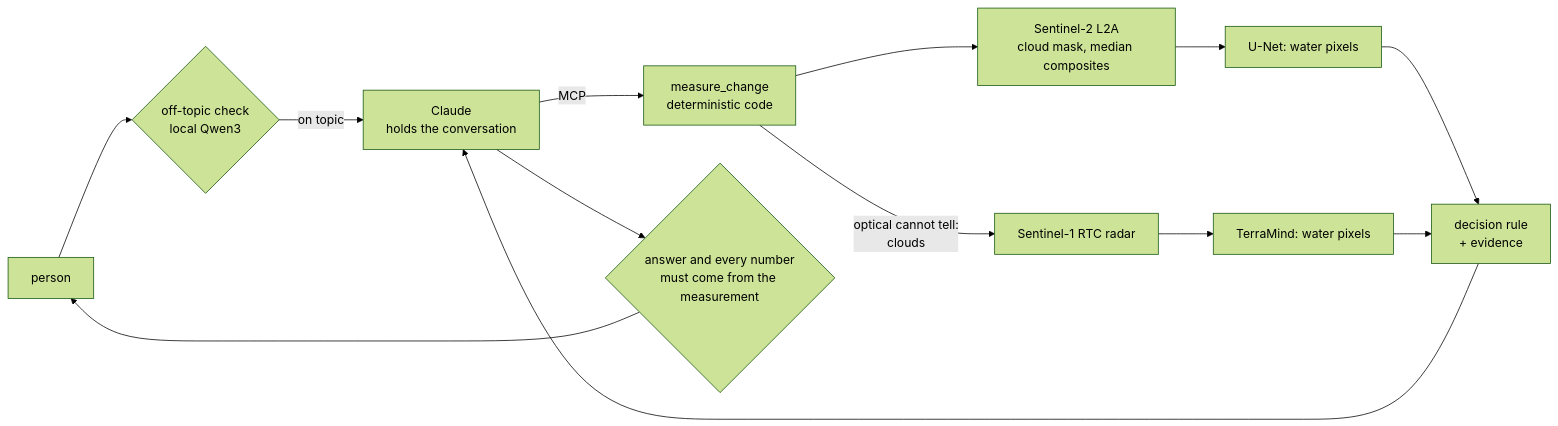
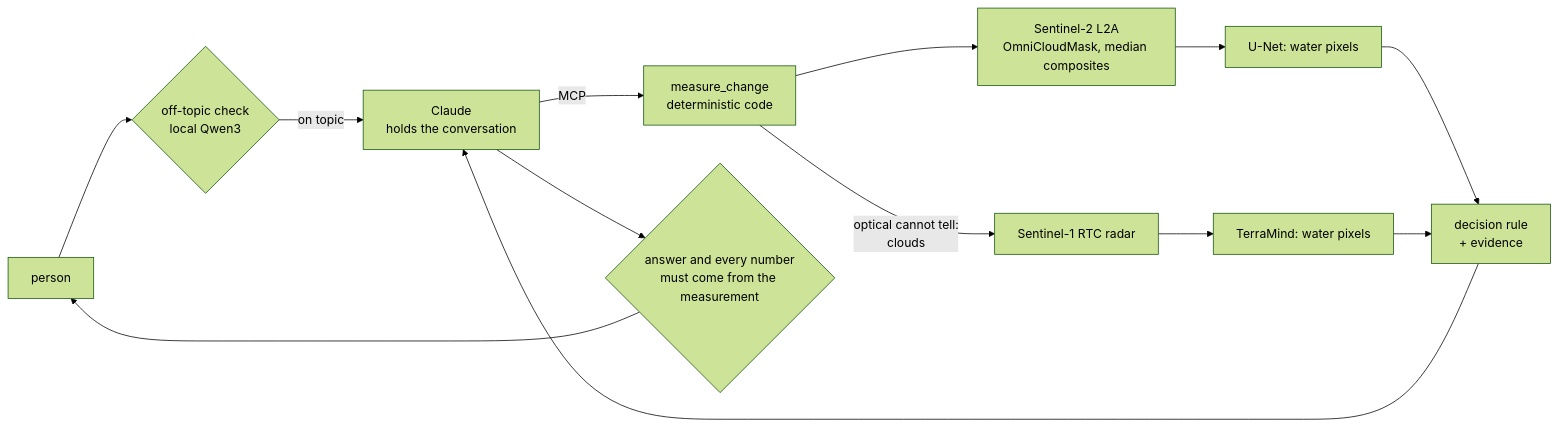
The diagram in README.md (deltasata/satellite-change-agent), drawn with Mermaid (forest theme) before and after one commit. The commit also changed other lines of this file and 18 other files, not shown here.

Commit message:
Clouds: OmniCloudMask replaces ESA's scene classification (IoU of cloud or shadow 0.885 vs 0.644 on 953 expert-labelled CloudSEN12+ images, +0.241 [+0.221, +0.261]); run from ONNX on the CPU; benchmark not worse (0.853 -> 0.860)

````diff
--- a/README.md
+++ b/README.md
@@ -43,15 +47,15 @@
 ```mermaid
 flowchart LR
     P[person] --> S{off-topic check<br/>local Qwen3}
     S -->|on topic| C[Claude<br/>holds the conversation]
     C -->|MCP| M[measure_change<br/>deterministic code]
-    M --> O[Sentinel-2 L2A<br/>cloud mask, median composites]
+    M --> O[Sentinel-2 L2A<br/>OmniCloudMask, median composites]
     O --> U[U-Net: water pixels]
     M -->|optical cannot tell:<br/>clouds| R[Sentinel-1 RTC radar]
     R --> T[TerraMind: water pixels]
     U --> D[decision rule<br/>+ evidence]
     T --> D
     D --> C
     C --> K{answer and every number<br/>must come from the measurement}
     K --> P
 ```
````
